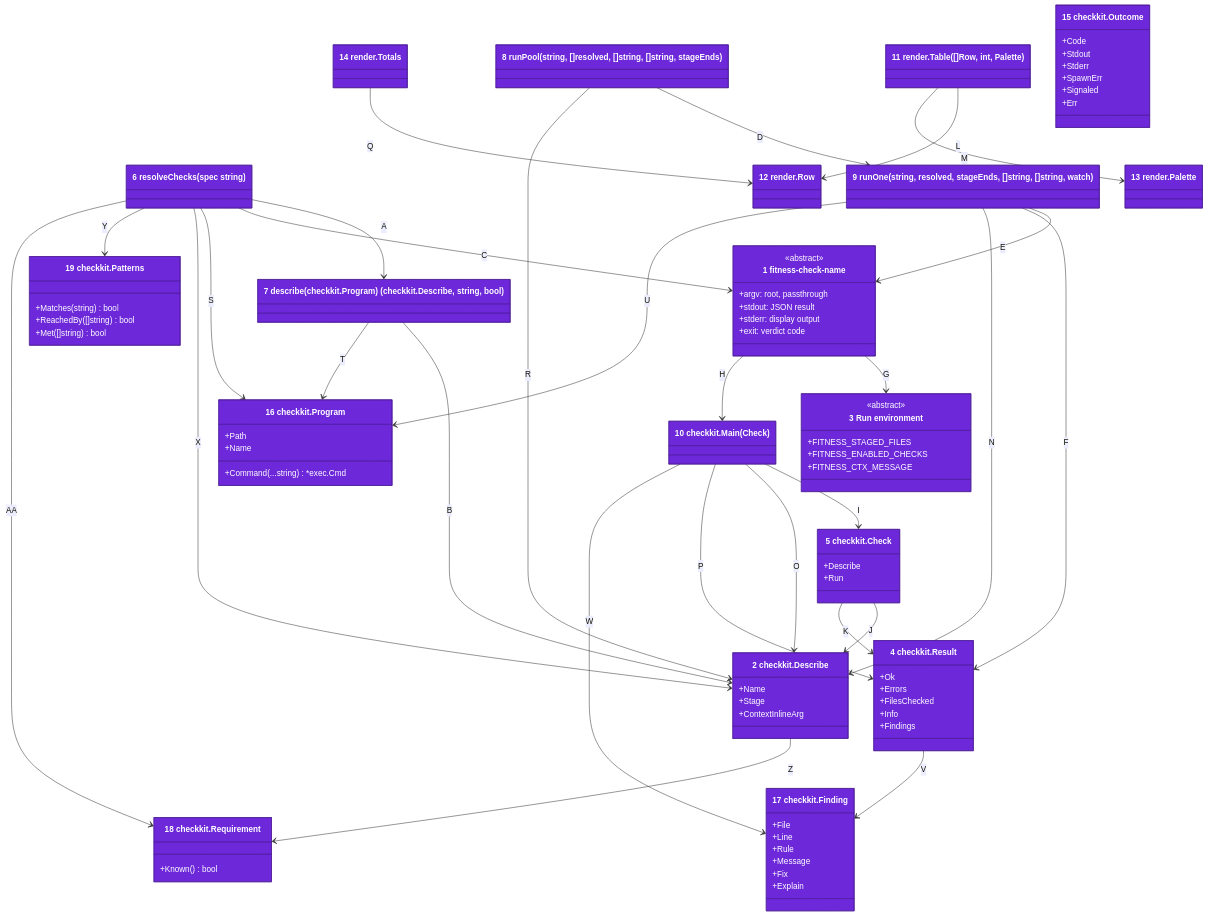
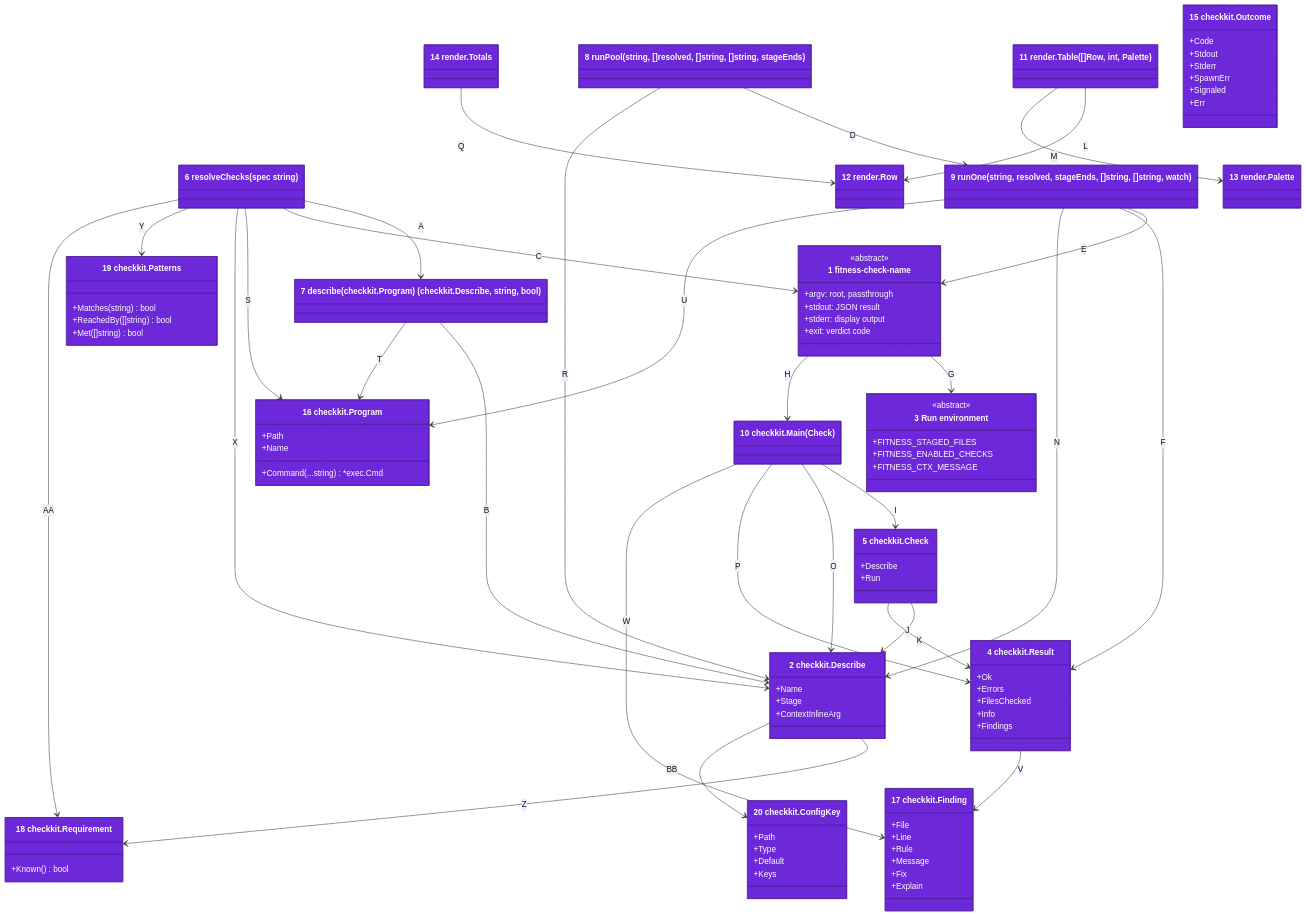
The first of 2 diagrams in docs/architecture/04-code.md (may-journal/fitness-runner), drawn with Mermaid before and after one commit. The commit also changed other lines of this file and 11 other files, not shown here.

First line of the commit message:
feat(config): let each check declare its config keys in --describe (#1068)

````diff
--- a/docs/architecture/04-code.md
+++ b/docs/architecture/04-code.md
@@ -97,6 +97,13 @@
     resolveChecks --> Patterns : Y
     Describe --> Requirement : Z
     resolveChecks --> Requirement : AA
+    class ConfigKey["20 checkkit.ConfigKey"] {
+        +Path
+        +Type
+        +Default
+        +Keys
+    }
+    Describe --> ConfigKey : BB
 
     style CheckBinary fill:#6d28d9,stroke:#4c1d95,color:#ffffff
     style Describe fill:#6d28d9,stroke:#4c1d95,color:#ffffff
@@ -117,4 +124,5 @@
     style Finding fill:#6d28d9,stroke:#4c1d95,color:#ffffff
     style Requirement fill:#6d28d9,stroke:#4c1d95,color:#ffffff
     style Patterns fill:#6d28d9,stroke:#4c1d95,color:#ffffff
+    style ConfigKey fill:#6d28d9,stroke:#4c1d95,color:#ffffff
 ```
````
